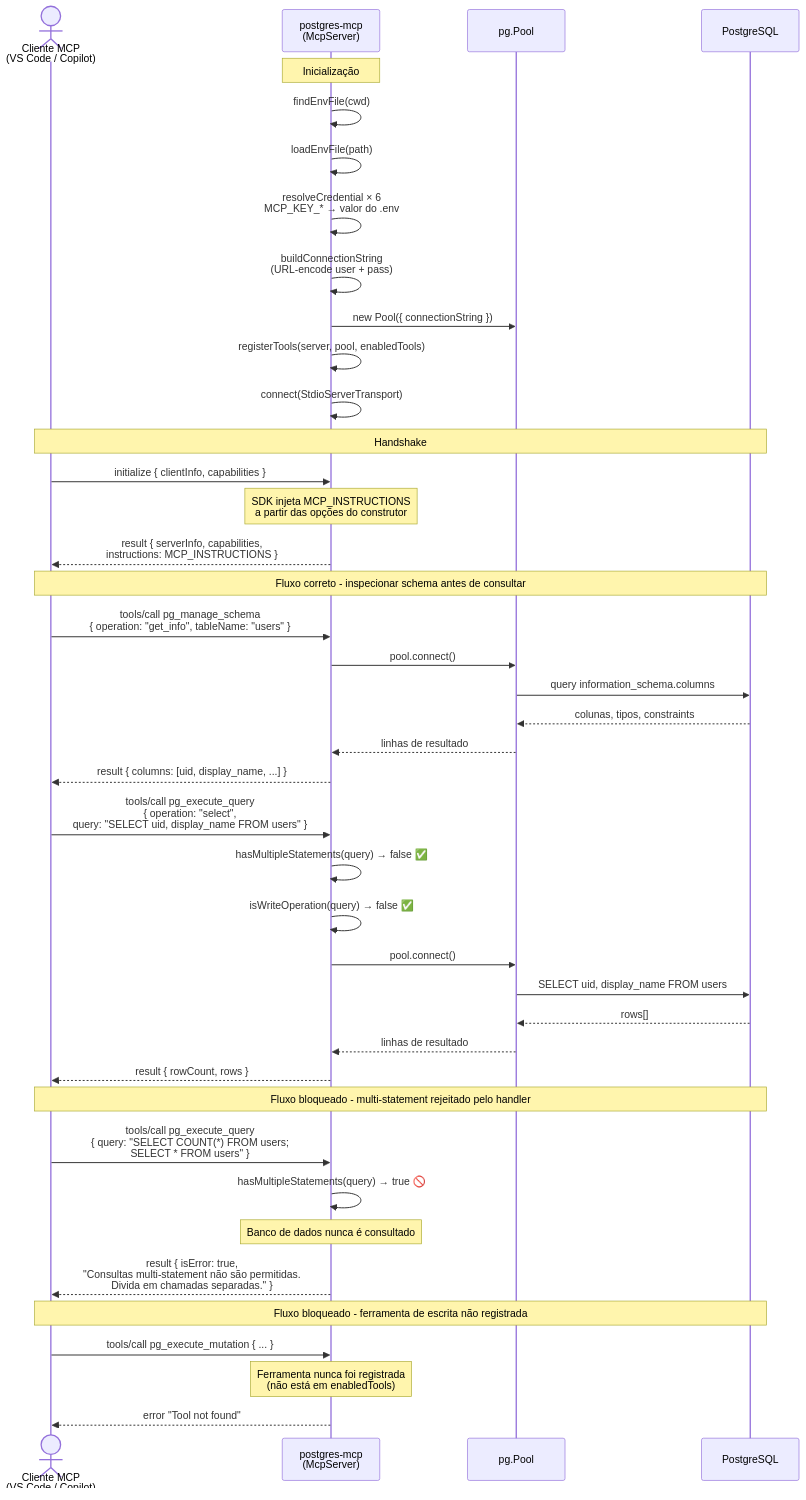
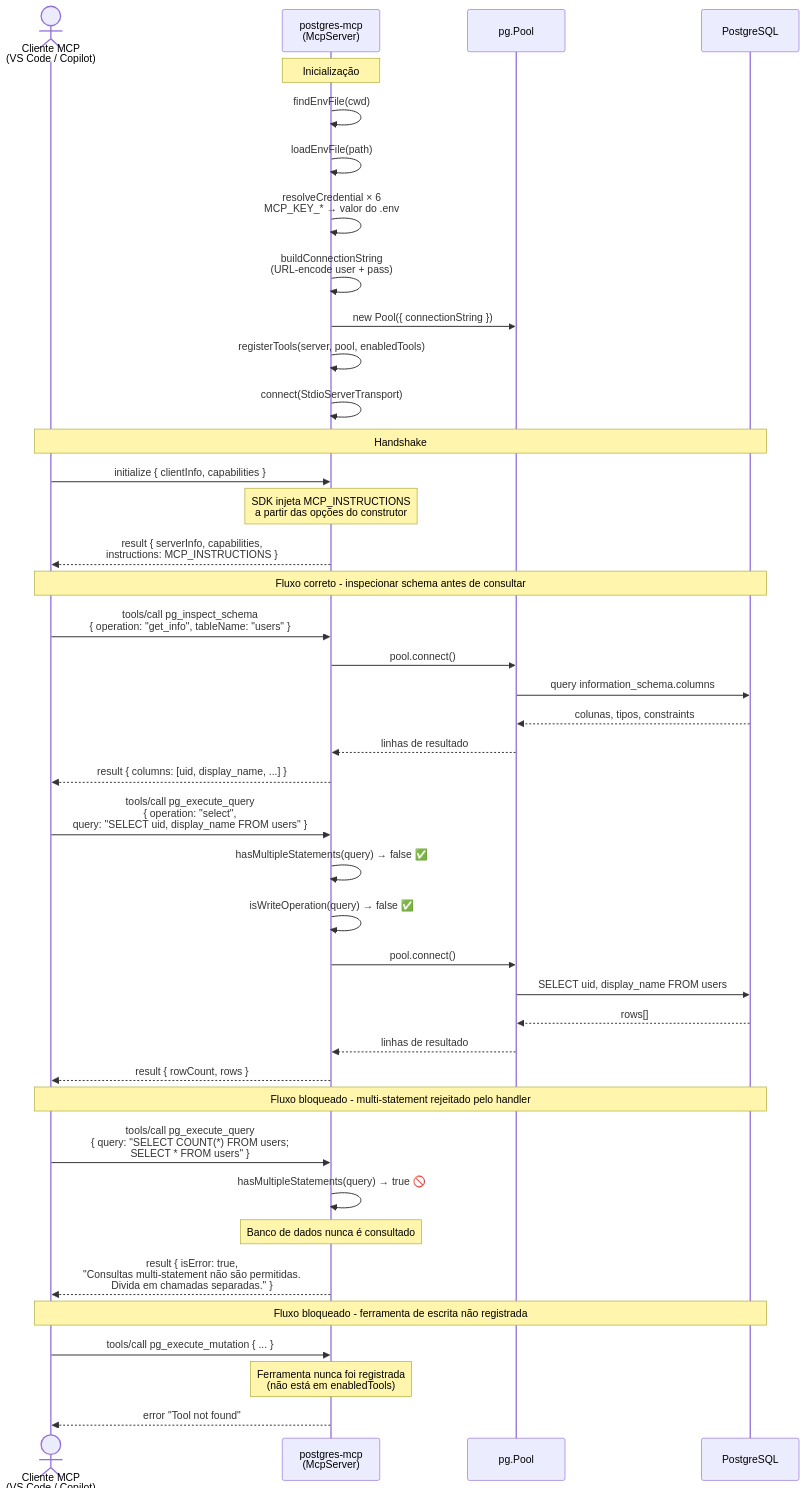
One commit to edelciomolina/postgres-mcp changed the diagram in ARCHITECT_PT.md. Above: the diagram before and after it, drawn with Mermaid. The commit also changed other lines of this file and 4 other files, not shown here.

````diff
--- a/ARCHITECT_PT.md
+++ b/ARCHITECT_PT.md
@@ -22,55 +22,55 @@
 ```mermaid
 sequenceDiagram
     actor Client as Cliente MCP<br/>(VS Code / Copilot)
     participant Server as postgres-mcp<br/>(McpServer)
     participant Pool as pg.Pool
     participant PG as PostgreSQL
 
     %% ── Boot ──────────────────────────────────────────────────────────
     note over Server: Inicialização
     Server->>Server: findEnvFile(cwd)
     Server->>Server: loadEnvFile(path)
     Server->>Server: resolveCredential × 6<br/>MCP_KEY_* → valor do .env
     Server->>Server: buildConnectionString<br/>(URL-encode user + pass)
     Server->>Pool: new Pool({ connectionString })
     Server->>Server: registerTools(server, pool, enabledTools)
     Server->>Server: connect(StdioServerTransport)
 
     %% ── Handshake ─────────────────────────────────────────────────────
     note over Client,PG: Handshake
     Client->>Server: initialize { clientInfo, capabilities }
     note over Server: SDK injeta MCP_INSTRUCTIONS<br/>a partir das opções do construtor
     Server-->>Client: result { serverInfo, capabilities,<br/>instructions: MCP_INSTRUCTIONS }
 
     %% ── Schema check before query ─────────────────────────────────────
     note over Client,PG: Fluxo correto - inspecionar schema antes de consultar
-    Client->>Server: tools/call pg_manage_schema<br/>{ operation: "get_info", tableName: "users" }
+    Client->>Server: tools/call pg_inspect_schema<br/>{ operation: "get_info", tableName: "users" }
     Server->>Pool: pool.connect()
     Pool->>PG: query information_schema.columns
     PG-->>Pool: colunas, tipos, constraints
     Pool-->>Server: linhas de resultado
     Server-->>Client: result { columns: [uid, display_name, ...] }
 
     %% ── Valid single query ────────────────────────────────────────────
     Client->>Server: tools/call pg_execute_query<br/>{ operation: "select",<br/>  query: "SELECT uid, display_name FROM users" }
     Server->>Server: hasMultipleStatements(query) → false ✅
     Server->>Server: isWriteOperation(query) → false ✅
     Server->>Pool: pool.connect()
     Pool->>PG: SELECT uid, display_name FROM users
     PG-->>Pool: rows[]
     Pool-->>Server: linhas de resultado
     Server-->>Client: result { rowCount, rows }
 
     %% ── Multi-statement blocked ───────────────────────────────────────
     note over Client,PG: Fluxo bloqueado - multi-statement rejeitado pelo handler
     Client->>Server: tools/call pg_execute_query<br/>{ query: "SELECT COUNT(*) FROM users#59;<br/>  SELECT * FROM users" }
     Server->>Server: hasMultipleStatements(query) → true 🚫
     note over Server: Banco de dados nunca é consultado
     Server-->>Client: result { isError: true,<br/>"Consultas multi-statement não são permitidas.<br/>Divida em chamadas separadas." }
 
     %% ── Unregistered tool ─────────────────────────────────────────────
     note over Client,PG: Fluxo bloqueado - ferramenta de escrita não registrada
     Client->>Server: tools/call pg_execute_mutation { ... }
     note over Server: Ferramenta nunca foi registrada<br/>(não está em enabledTools)
     Server-->>Client: error "Tool not found"
 ```
````
